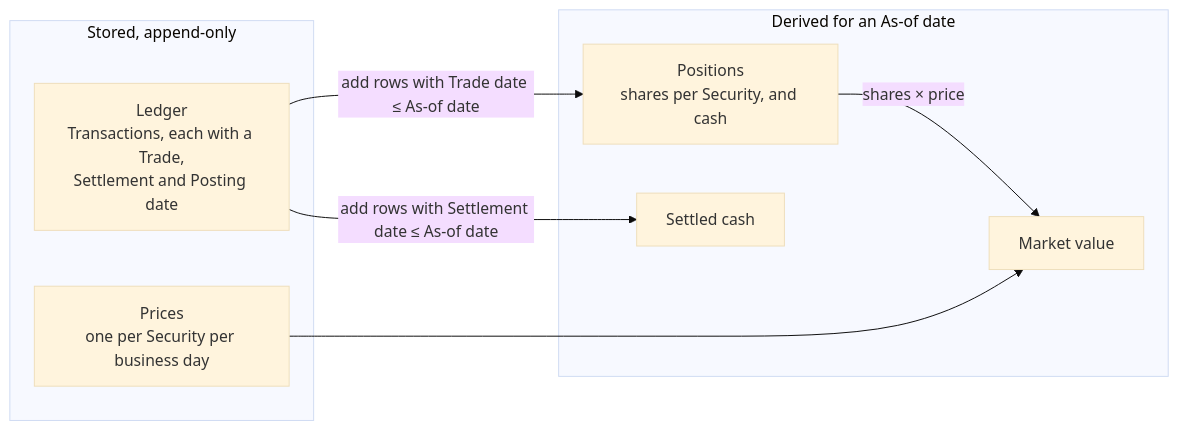
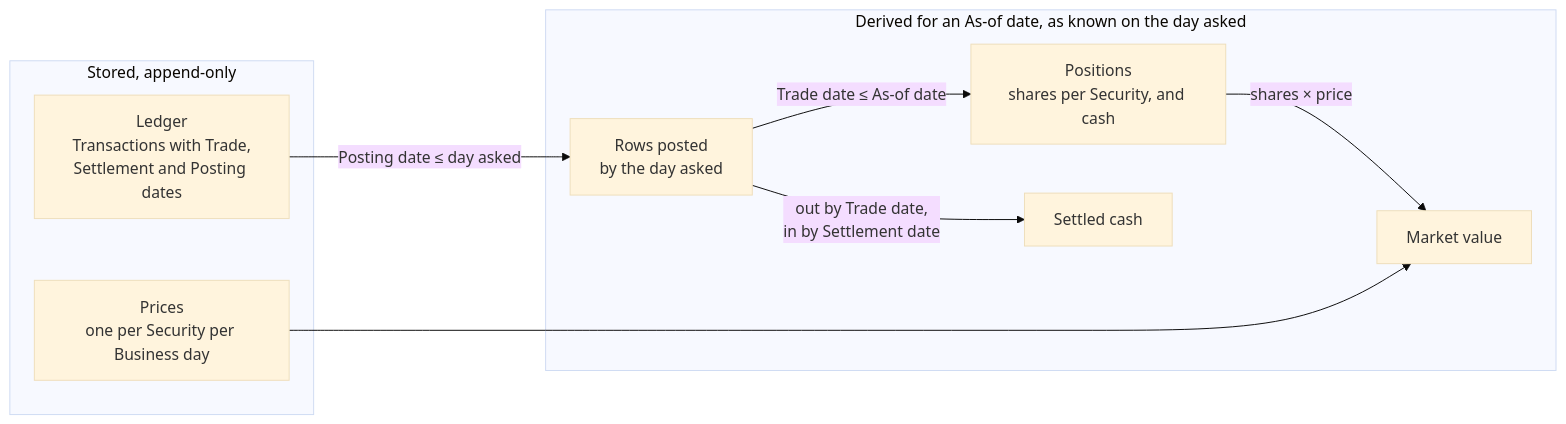
One commit to m0t0r/cognitive-wealth changed the diagram in docs/diagrams/ledger-fold.mmd. Above: the diagram before and after it, drawn with Mermaid (base theme). The commit also changed 9 other files, not shown here.

First line of the commit message:
docs(adr): count Positions by trade date, and fix settled cash in the primer

```diff
--- a/docs/diagrams/ledger-fold.mmd
+++ b/docs/diagrams/ledger-fold.mmd
@@ -1,14 +1,16 @@
 flowchart LR
   subgraph stored["Stored, append-only"]
-    tx["Ledger<br/>Transactions, each with a Trade,<br/>Settlement and Posting date"]
-    px["Prices<br/>one per Security per business day"]
+    tx["Ledger<br/>Transactions with Trade,<br/>Settlement and Posting dates"]
+    px["Prices<br/>one per Security per Business day"]
   end
-  subgraph derived["Derived for an As-of date"]
+  subgraph derived["Derived for an As-of date, as known on the day asked"]
+    known["Rows posted<br/>by the day asked"]
     pos["Positions<br/>shares per Security, and cash"]
     settled["Settled cash"]
     mv["Market value"]
   end
-  tx -->|"add rows with Trade date ≤ As-of date"| pos
-  tx -->|"add rows with Settlement date ≤ As-of date"| settled
+  tx -->|"Posting date ≤ day asked"| known
+  known -->|"Trade date ≤ As-of date"| pos
+  known -->|"out by Trade date,<br/>in by Settlement date"| settled
   pos -->|"shares × price"| mv
   px --> mv
```
